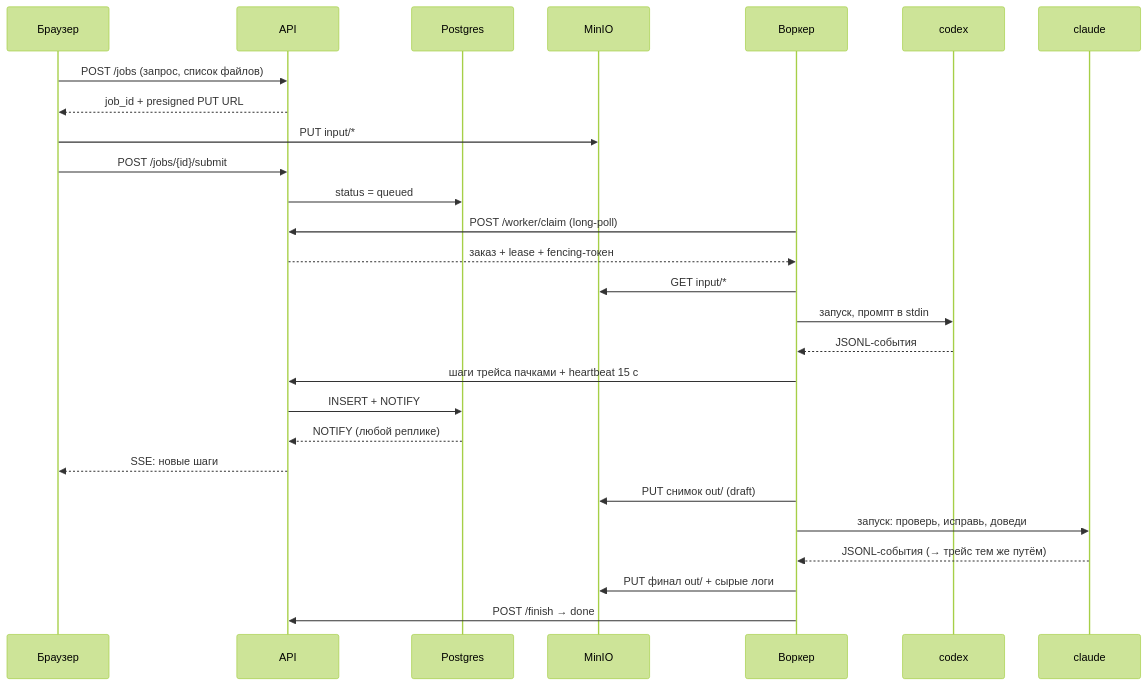
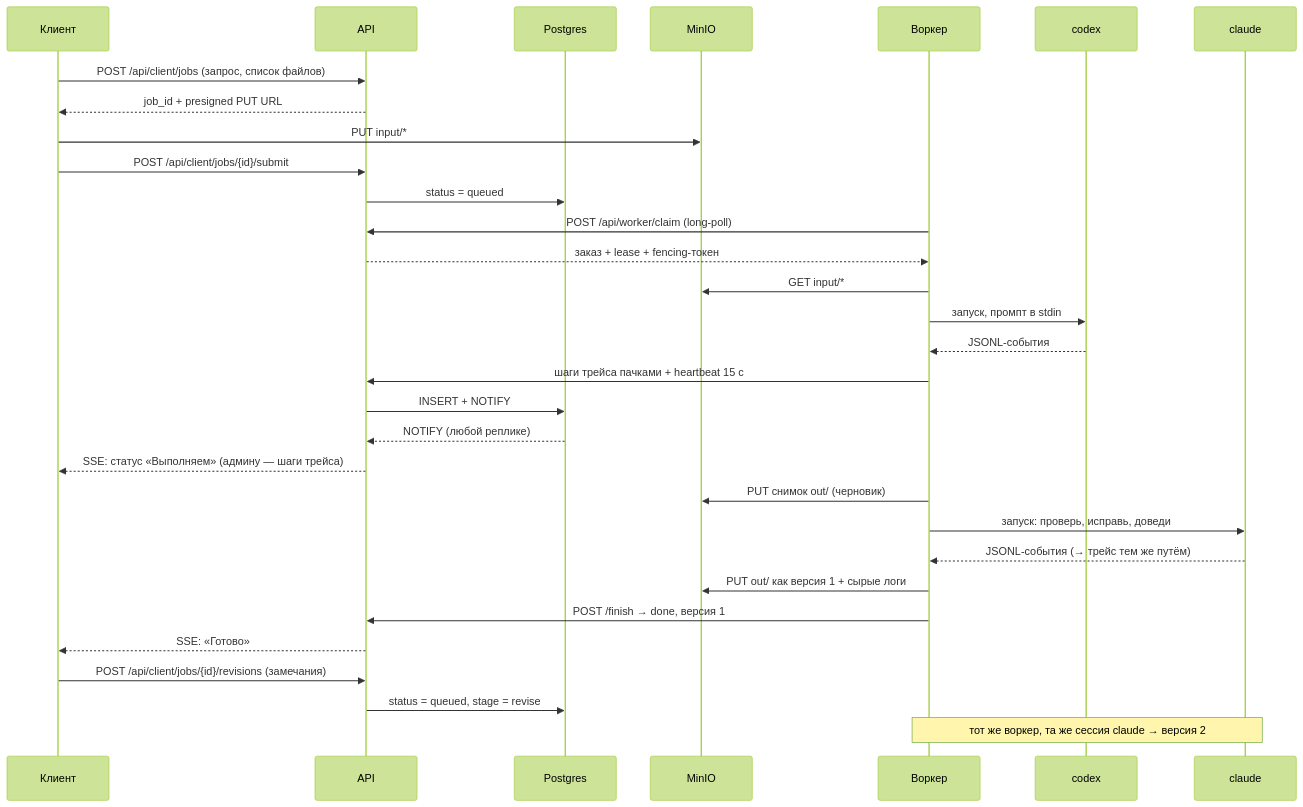
Before and after one commit to luckydiss/studlance_ai: the third of 3 diagrams in docs/ARCHITECTURE.md, drawn with Mermaid (forest theme). The commit also changed other lines of this file and 1 other file, not shown here.

First line of the commit message:
Add client portal, admin console, auth and revisions to architecture

````diff
--- a/docs/ARCHITECTURE.md
+++ b/docs/ARCHITECTURE.md
@@ -155,30 +188,34 @@
 ```mermaid
 sequenceDiagram
-  participant B as Браузер
+  participant B as Клиент
   participant A as API
   participant P as Postgres
   participant M as MinIO
   participant W as Воркер
   participant X as codex
   participant C as claude
 
-  B->>A: POST /jobs (запрос, список файлов)
+  B->>A: POST /api/client/jobs (запрос, список файлов)
   A-->>B: job_id + presigned PUT URL
   B->>M: PUT input/*
-  B->>A: POST /jobs/{id}/submit
+  B->>A: POST /api/client/jobs/{id}/submit
   A->>P: status = queued
-  W->>A: POST /worker/claim (long-poll)
+  W->>A: POST /api/worker/claim (long-poll)
   A-->>W: заказ + lease + fencing-токен
   W->>M: GET input/*
   W->>X: запуск, промпт в stdin
   X-->>W: JSONL-события
   W->>A: шаги трейса пачками + heartbeat 15 с
   A->>P: INSERT + NOTIFY
   P-->>A: NOTIFY (любой реплике)
-  A-->>B: SSE: новые шаги
-  W->>M: PUT снимок out/ (draft)
+  A-->>B: SSE: статус «Выполняем» (админу — шаги трейса)
+  W->>M: PUT снимок out/ (черновик)
   W->>C: запуск: проверь, исправь, доведи
   C-->>W: JSONL-события (→ трейс тем же путём)
-  W->>M: PUT финал out/ + сырые логи
-  W->>A: POST /finish → done
+  W->>M: PUT out/ как версия 1 + сырые логи
+  W->>A: POST /finish → done, версия 1
+  A-->>B: SSE: «Готово»
+  B->>A: POST /api/client/jobs/{id}/revisions (замечания)
+  A->>P: status = queued, stage = revise
+  Note over W,C: тот же воркер, та же сессия claude → версия 2
 ```
````
